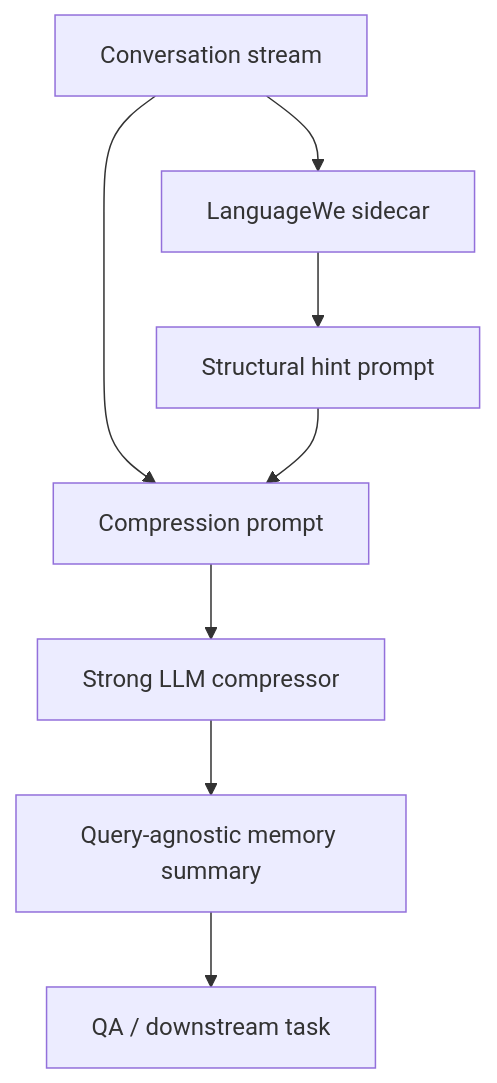
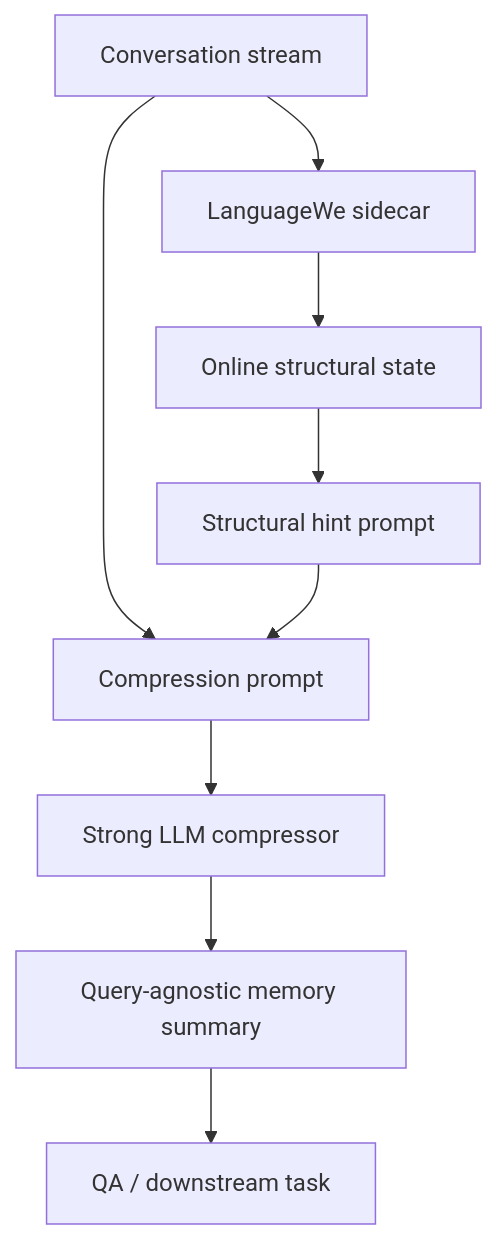
The diagram in README.md (JackeyLGene/PhasePrompt), drawn with Mermaid before and after one commit. The commit also changed other lines of this file and 7 other files, not shown here.

````diff
--- a/README.md
+++ b/README.md
@@ -71,10 +109,11 @@
 ```mermaid
 flowchart TD
     A["Conversation stream"] --> B["LanguageWe sidecar"]
-    B --> C["Structural hint prompt"]
+    B --> B1["Online structural state"]
+    B1 --> C["Structural hint prompt"]
     A --> D["Compression prompt"]
     C --> D
     D --> E["Strong LLM compressor"]
     E --> F["Query-agnostic memory summary"]
     F --> G["QA / downstream task"]
 ```
````
